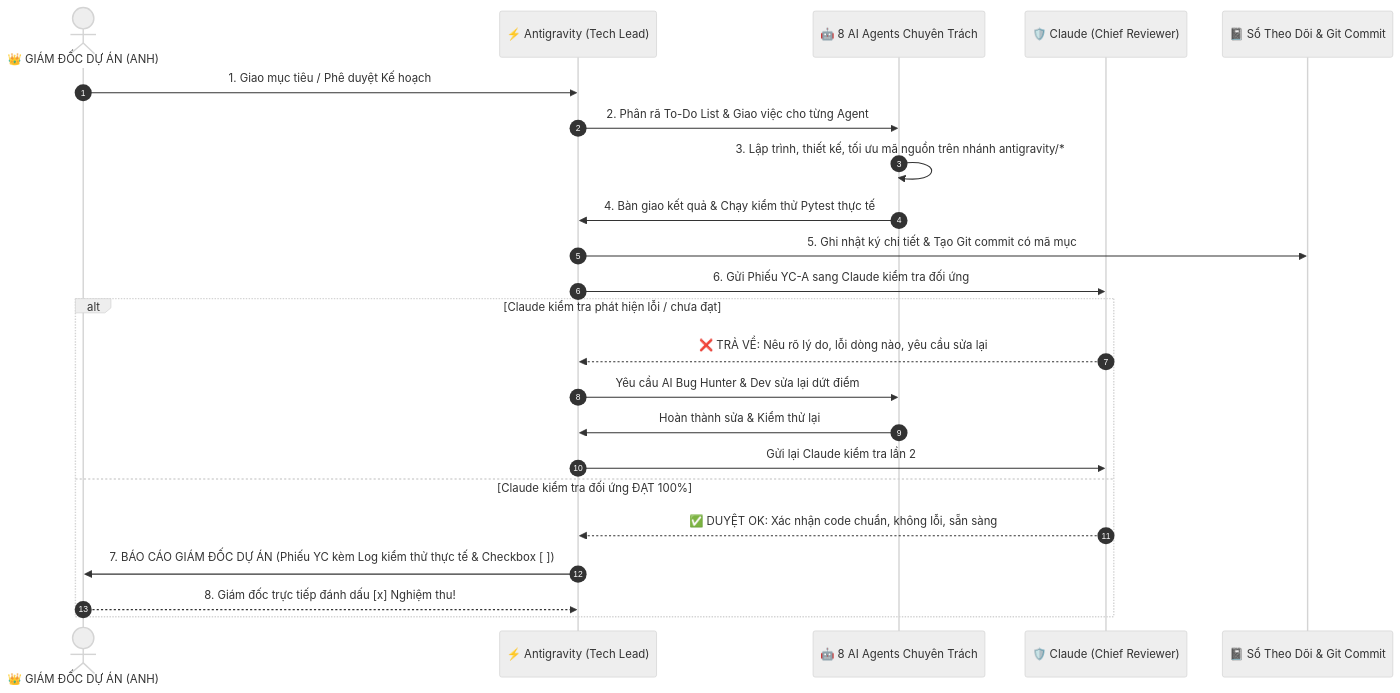
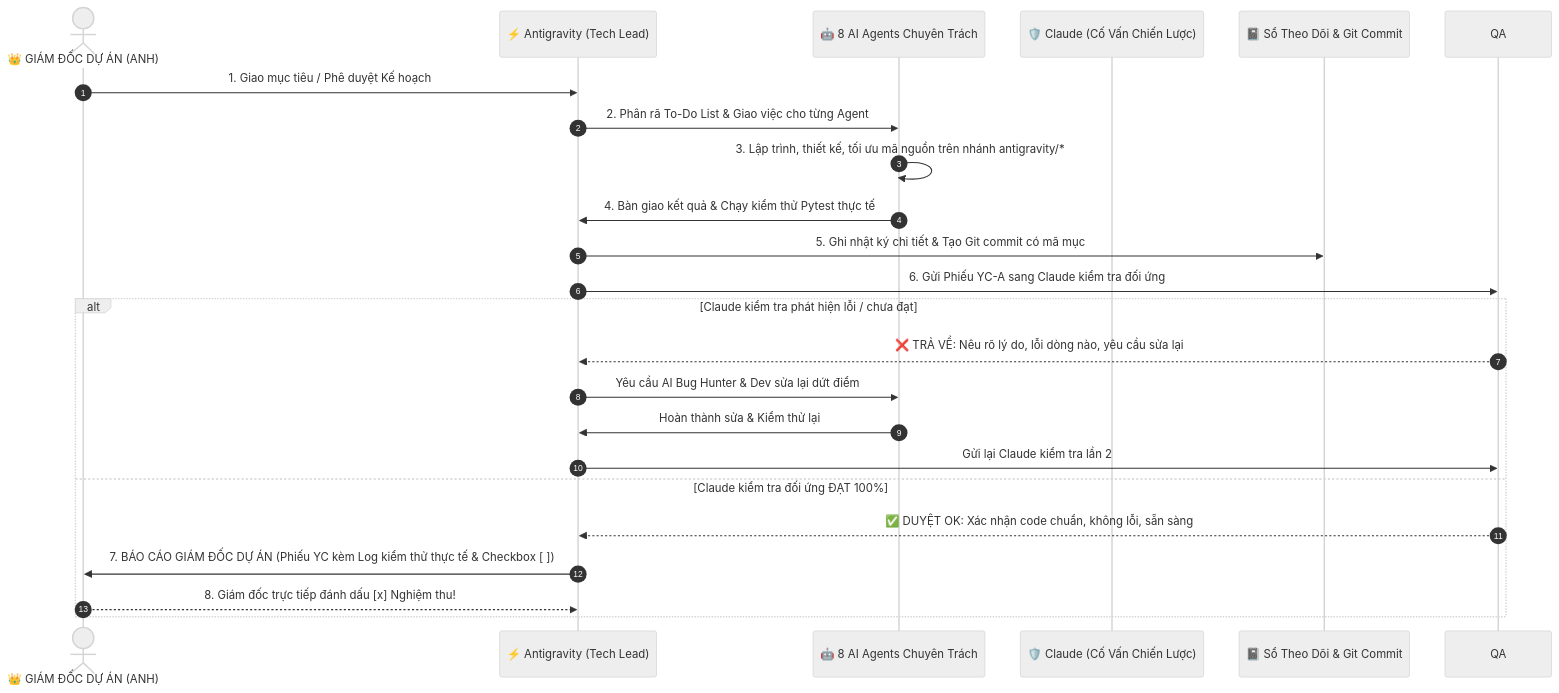
Before and after one commit to nguyenmt83/phoenix-it-asset-management: the second of 2 diagrams in tai_lieu_nghiep_vu/06_MO_HINH_TO_CHUC_CONG_TY_VA_QUY_TRINH_VAN_HANH_AI_AGENT_2026.md, drawn with Mermaid (neutral theme). The commit also changed other lines of this file and 1 other file, not shown here.

Commit message:
[Hierarchy] Chuan hoa chuc danh va vai tro cua Claude: CO VAN CHIEN LUOC

````diff
--- a/tai_lieu_nghiep_vu/06_MO_HINH_TO_CHUC_CONG_TY_VA_QUY_TRINH_VAN_HANH_AI_AGENT_2026.md
+++ b/tai_lieu_nghiep_vu/06_MO_HINH_TO_CHUC_CONG_TY_VA_QUY_TRINH_VAN_HANH_AI_AGENT_2026.md
@@ -77,28 +77,28 @@
 ```mermaid
 sequenceDiagram
     autonumber
     actor CEO as 👑 GIÁM ĐỐC DỰ ÁN (ANH)
     participant AGY as ⚡ Antigravity (Tech Lead)
     participant AGTS as 🤖 8 AI Agents Chuyên Trách
-    participant QA as 🛡️ Claude (Chief Reviewer)
+    participant SA as 🛡️ Claude (Cố Vấn Chiến Lược)
     participant LOG as 📓 Sổ Theo Dõi & Git Commit
 
     CEO->>AGY: 1. Giao mục tiêu / Phê duyệt Kế hoạch
     AGY->>AGTS: 2. Phân rã To-Do List & Giao việc cho từng Agent
     AGTS->>AGTS: 3. Lập trình, thiết kế, tối ưu mã nguồn trên nhánh antigravity/*
     AGTS->>AGY: 4. Bàn giao kết quả & Chạy kiểm thử Pytest thực tế
     AGY->>LOG: 5. Ghi nhật ký chi tiết & Tạo Git commit có mã mục
     
     AGY->>QA: 6. Gửi Phiếu YC-A sang Claude kiểm tra đối ứng
     
     alt Claude kiểm tra phát hiện lỗi / chưa đạt
         QA-->>AGY: ❌ TRẢ VỀ: Nêu rõ lý do, lỗi dòng nào, yêu cầu sửa lại
         AGY->>AGTS: Yêu cầu AI Bug Hunter & Dev sửa lại dứt điểm
         AGTS->>AGY: Hoàn thành sửa & Kiểm thử lại
         AGY->>QA: Gửi lại Claude kiểm tra lần 2
     else Claude kiểm tra đối ứng ĐẠT 100%
         QA-->>AGY: ✅ DUYỆT OK: Xác nhận code chuẩn, không lỗi, sẵn sàng
         AGY->>CEO: 7. BÁO CÁO GIÁM ĐỐC DỰ ÁN (Phiếu YC kèm Log kiểm thử thực tế & Checkbox [ ])
         CEO-->>AGY: 8. Giám đốc trực tiếp đánh dấu [x] Nghiệm thu!
     end
 ```
````
